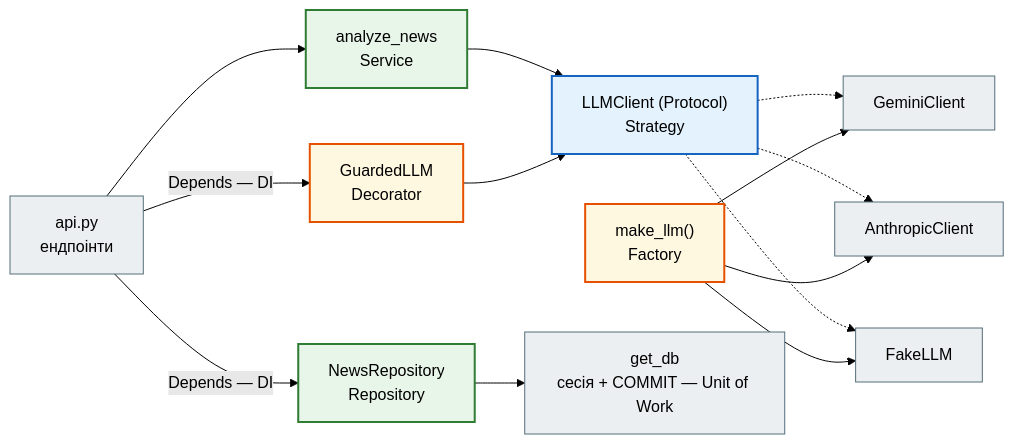
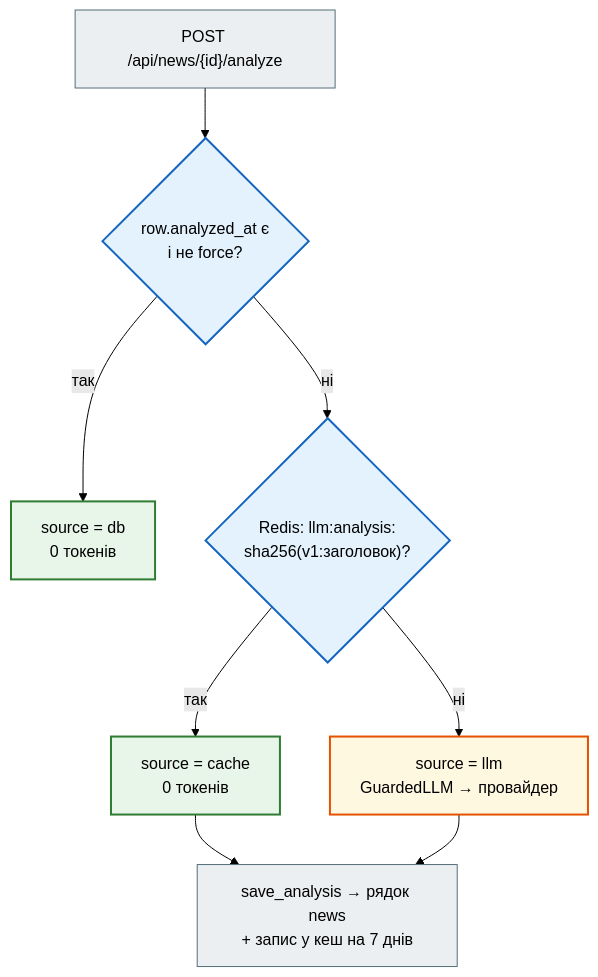
One commit to AlinaRadchenko/PY-Course-Victor-Nikoriak-22-09-2026 changed the fifth of 8 diagrams in docs/modules/m4/lesson_44.md. Above: the diagram before and after it, drawn with Mermaid (forest theme). The commit also changed other lines of this file and 1846 other files, not shown here.

````diff
--- a/docs/modules/m4/lesson_44.md
+++ b/docs/modules/m4/lesson_44.md
@@ -514,27 +590,30 @@
 ```mermaid
-graph LR
+flowchart TD
     classDef step     fill:#eceff1,stroke:#546e7a,stroke-width:1px;
     classDef decision fill:#e3f2fd,stroke:#1565c0,stroke-width:2px;
     classDef success  fill:#e8f5e9,stroke:#2e7d32,stroke-width:2px;
     classDef error    fill:#ffebee,stroke:#c62828,stroke-width:3px;
     classDef warning  fill:#fff8e1,stroke:#e65100,stroke-width:2px;
 
-    API["api.py<br>ендпоінти"] -- "Depends — DI" --> REPO["NewsRepository<br>Repository"]
-    API -- "Depends — DI" --> GUARD["GuardedLLM<br>Decorator"]
-    API --> AN["analyze_news<br>Service"]
-    AN --> P["LLMClient (Protocol)<br>Strategy"]
-    GUARD --> P
-    P -.-> G["GeminiClient"]
-    P -.-> A["AnthropicClient"]
-    P -.-> F["FakeLLM"]
-    MK["make_llm()<br>Factory"] --> G
-    MK --> A
-    MK --> F
-    REPO --> DB["get_db<br>сесія + COMMIT — Unit of Work"]
+    Q["POST /api/news/{id}/analyze"]
+    D1{"row.analyzed_at є<br>і не force?"}
+    DB["source = db<br>0 токенів"]
+    D2{"Redis: llm:analysis:<br>sha256(v1:заголовок)?"}
+    C["source = cache<br>0 токенів"]
+    L["source = llm<br>GuardedLLM → провайдер"]
+    S["save_analysis → рядок news<br>+ запис у кеш на 7 днів"]
 
-    class API step
-    class AN,REPO success
-    class P decision
-    class GUARD,MK warning
-    class G,A,F,DB step
+    Q --> D1
+    D1 -- так --> DB
+    D1 -- ні --> D2
+    D2 -- так --> C
+    D2 -- ні --> L
+    C --> S
+    L --> S
+
+    class Q step
+    class D1,D2 decision
+    class DB,C success
+    class L warning
+    class S step
 ```
````
